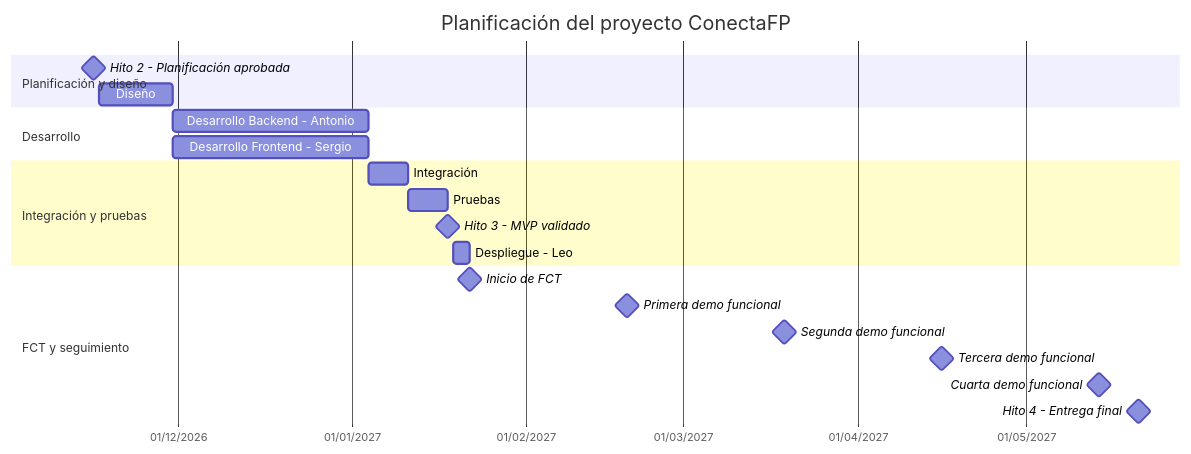
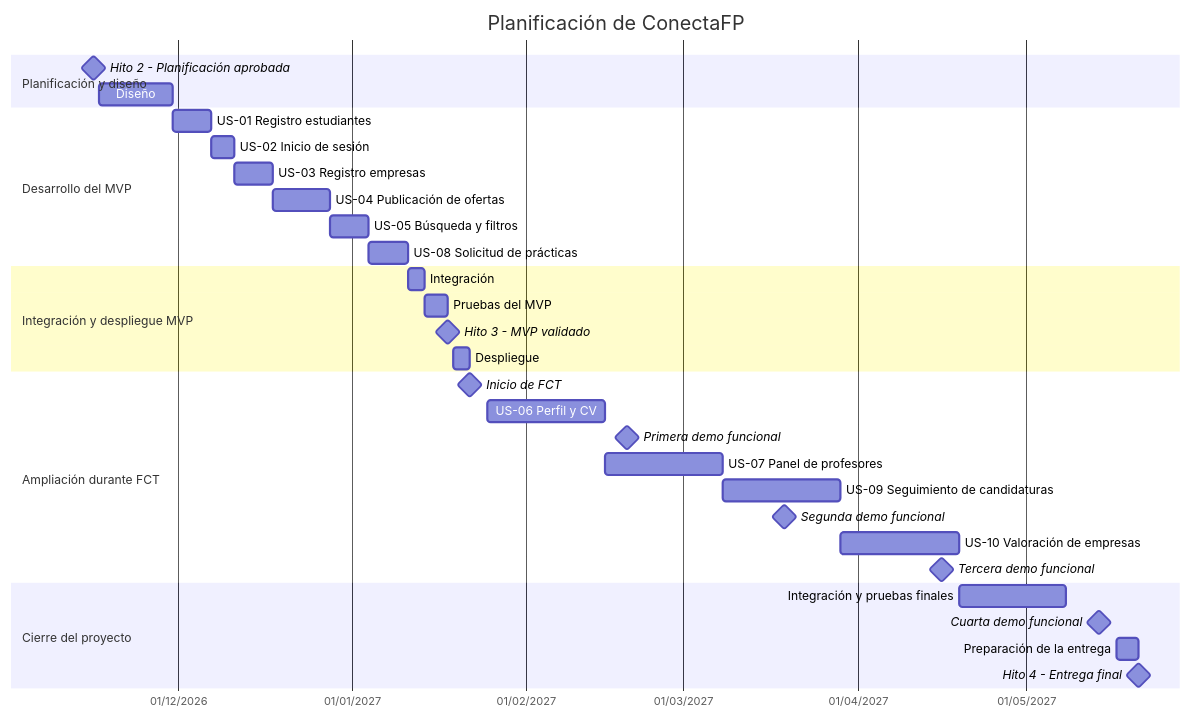
The diagram in DOCS/ESTIMATION_GANTT.md (Bartolom30/ConectaFP), drawn with Mermaid before and after one commit.

Commit message:
Diagrama de GANTT

````diff
--- a/DOCS/ESTIMATION_GANTT.md
+++ b/DOCS/ESTIMATION_GANTT.md
@@ -2,28 +1,40 @@
 ```mermaid
 gantt
-    title Planificación del proyecto ConectaFP
+    title Planificación de ConectaFP
     dateFormat YYYY-MM-DD
     axisFormat %d/%m/%Y
 
     section Planificación y diseño
     Hito 2 - Planificación aprobada :milestone, h2, 2026-11-16, 0d
     Diseño :design, 2026-11-17, 13d
 
-    section Desarrollo
-    Desarrollo Backend - Antonio :backend, 2026-11-30, 35d
-    Desarrollo Frontend - Sergio :frontend, 2026-11-30, 35d
+    section Desarrollo del MVP
+    US-01 Registro estudiantes :us01, 2026-11-30, 7d
+    US-02 Inicio de sesión :us02, after us01, 4d
+    US-03 Registro empresas :us03, after us02, 7d
+    US-04 Publicación de ofertas :us04, after us03, 10d
+    US-05 Búsqueda y filtros :us05, after us04, 7d
+    US-08 Solicitud de prácticas :us08, after us05, 7d
 
-    section Integración y pruebas
-    Integración :integration, after backend, 7d
-    Pruebas :testing, after integration, 7d
+    section Integración y despliegue MVP
+    Integración :integration1, after us08, 3d
+    Pruebas del MVP :testing1, after integration1, 4d
     Hito 3 - MVP validado :milestone, h3, 2027-01-18, 0d
-    Despliegue - Leo :deployment, 2027-01-19, 3d
+    Despliegue :deployment, 2027-01-19, 3d
 
-    section FCT y seguimiento
+    section Ampliación durante FCT
     Inicio de FCT :milestone, fct, 2027-01-22, 0d
+    US-06 Perfil y CV :us06, 2027-01-25, 21d
     Primera demo funcional :milestone, demo1, 2027-02-19, 0d
+    US-07 Panel de profesores :us07, 2027-02-15, 21d
+    US-09 Seguimiento de candidaturas :us09, 2027-03-08, 21d
     Segunda demo funcional :milestone, demo2, 2027-03-19, 0d
+    US-10 Valoración de empresas :us10, 2027-03-29, 21d
     Tercera demo funcional :milestone, demo3, 2027-04-16, 0d
+
+    section Cierre del proyecto
+    Integración y pruebas finales :finaltests, 2027-04-19, 19d
     Cuarta demo funcional :milestone, demo4, 2027-05-14, 0d
+    Preparación de la entrega :delivery, 2027-05-17, 4d
     Hito 4 - Entrega final :milestone, h4, 2027-05-21, 0d
 ```
````
